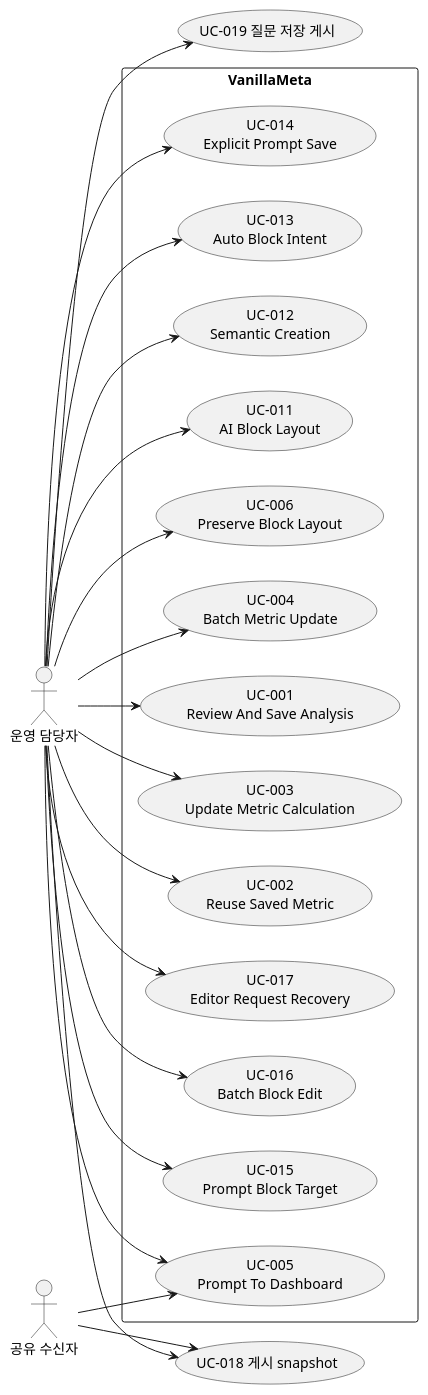
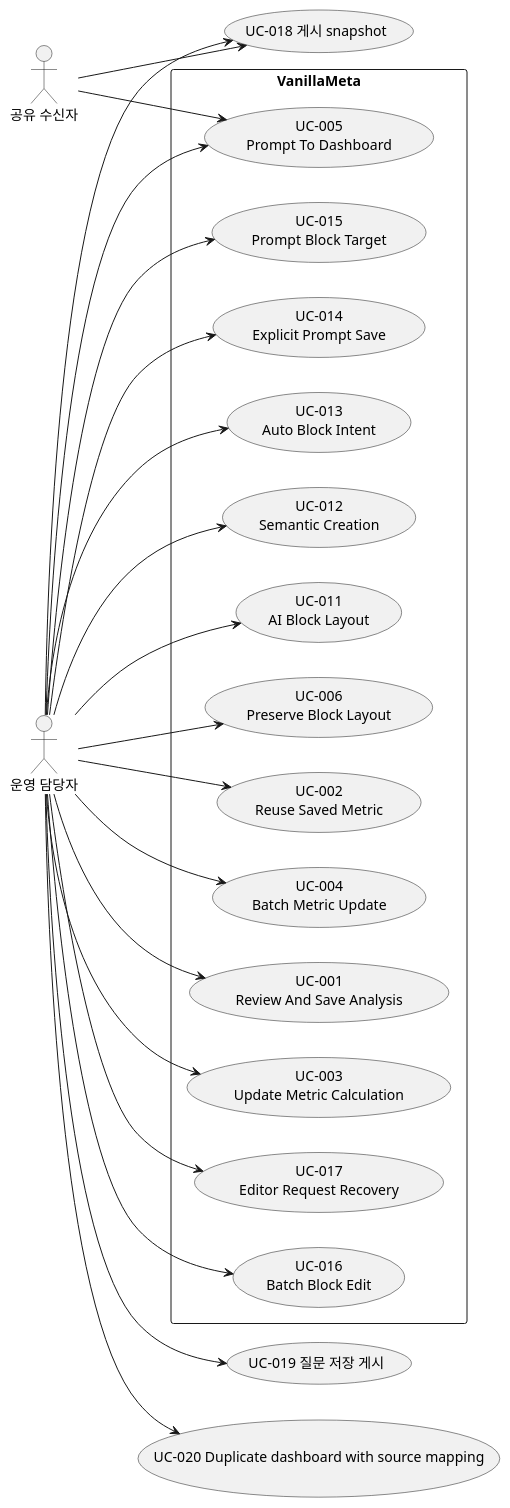
One commit to vanillabrain/vanillameta changed the diagram in docs/use_cases.puml. Above: the diagram before and after it, drawn with PlantUML. The commit also changed 22 other files, not shown here.

Commit message:
feat(dashboard): duplicate saved dashboards with mapped sources

```diff
--- a/docs/use_cases.puml
+++ b/docs/use_cases.puml
@@ -1,39 +1,41 @@
 @startuml
 left to right direction
 actor "운영 담당자" as operator
 rectangle "VanillaMeta" {
  usecase "UC-017\nEditor Request Recovery" as UC017
  usecase "UC-016\nBatch Block Edit" as UC016
  usecase "UC-015\nPrompt Block Target" as UC015
  usecase "UC-014\nExplicit Prompt Save" as UC014
  usecase "UC-013\nAuto Block Intent" as UC013
  usecase "UC-012\nSemantic Creation" as UC012
  usecase "UC-011\nAI Block Layout" as UC011
  usecase "UC-006\nPreserve Block Layout" as UC006
  usecase "UC-005\nPrompt To Dashboard" as UC005
  usecase "UC-004\nBatch Metric Update" as UC004
  usecase "UC-001\nReview And Save Analysis" as UC001
  usecase "UC-003\nUpdate Metric Calculation" as UC003
  usecase "UC-002\nReuse Saved Metric" as UC002
 }
 operator --> UC015
 operator --> UC014
 operator --> UC013
 operator --> UC012
 operator --> UC011
 operator --> UC006
 operator --> UC005
 actor "공유 수신자" as recipient
 recipient --> UC005
 operator --> UC004
 operator --> UC003
 operator --> UC002
 operator --> UC001
 operator --> UC016
 operator --> UC017
 usecase "UC-018 게시 snapshot" as UC018
 operator --> UC018
 recipient --> UC018
 usecase "UC-019 질문 저장 게시" as UC019
 operator --> UC019
+usecase "UC-020 Duplicate dashboard with source mapping" as UC020
+operator --> UC020
 @enduml
```
